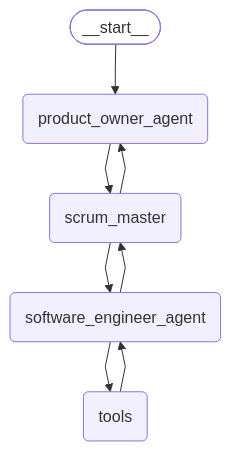
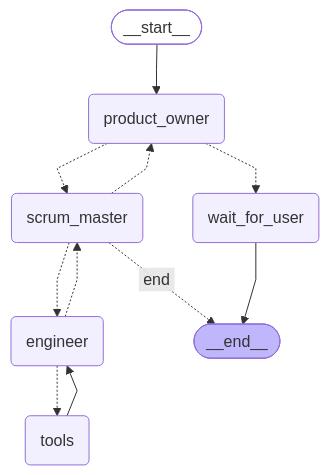
The diagram in README.md (kwame-mintah/python-chainlit-multi-agents-playground), drawn with Mermaid before and after one commit. The commit also changed 3 other files, not shown here.

First line of the commit message:
feat(graph): restructure nodes and edges for graph (#8)

````diff
--- a/README.md
+++ b/README.md
@@ -15,23 +15,28 @@
 ```mermaid
 ---
 config:
   flowchart:
     curve: linear
 ---
 graph TD;
-        __start__([<p>__start__</p>]):::first
-        product_owner_agent(product_owner_agent)
-        scrum_master(scrum_master)
-        software_engineer_agent(software_engineer_agent)
-        tools(tools)
-        __start__ --> product_owner_agent;
-        product_owner_agent --> scrum_master;
-        scrum_master --> product_owner_agent;
-        scrum_master --> software_engineer_agent;
-        software_engineer_agent --> scrum_master;
-        software_engineer_agent --> tools;
-        tools --> software_engineer_agent;
-        classDef default fill:#f2f0ff,line-height:1.2
-        classDef first fill-opacity:0
-        classDef last fill:#bfb6fc
+	__start__([<p>__start__</p>]):::first
+	product_owner(product_owner)
+	scrum_master(scrum_master)
+	engineer(engineer)
+	tools(tools)
+	wait_for_user(wait_for_user)
+	__end__([<p>__end__</p>]):::last
+	__start__ --> product_owner;
+	engineer -.-> scrum_master;
+	engineer -.-> tools;
+	product_owner -.-> scrum_master;
+	product_owner -.-> wait_for_user;
+	scrum_master -. &nbsp;end&nbsp; .-> __end__;
+	scrum_master -.-> engineer;
+	scrum_master -.-> product_owner;
+	tools --> engineer;
+	wait_for_user --> __end__;
+	classDef default fill:#f2f0ff,line-height:1.2
+	classDef first fill-opacity:0
+	classDef last fill:#bfb6fc
 ```
````
